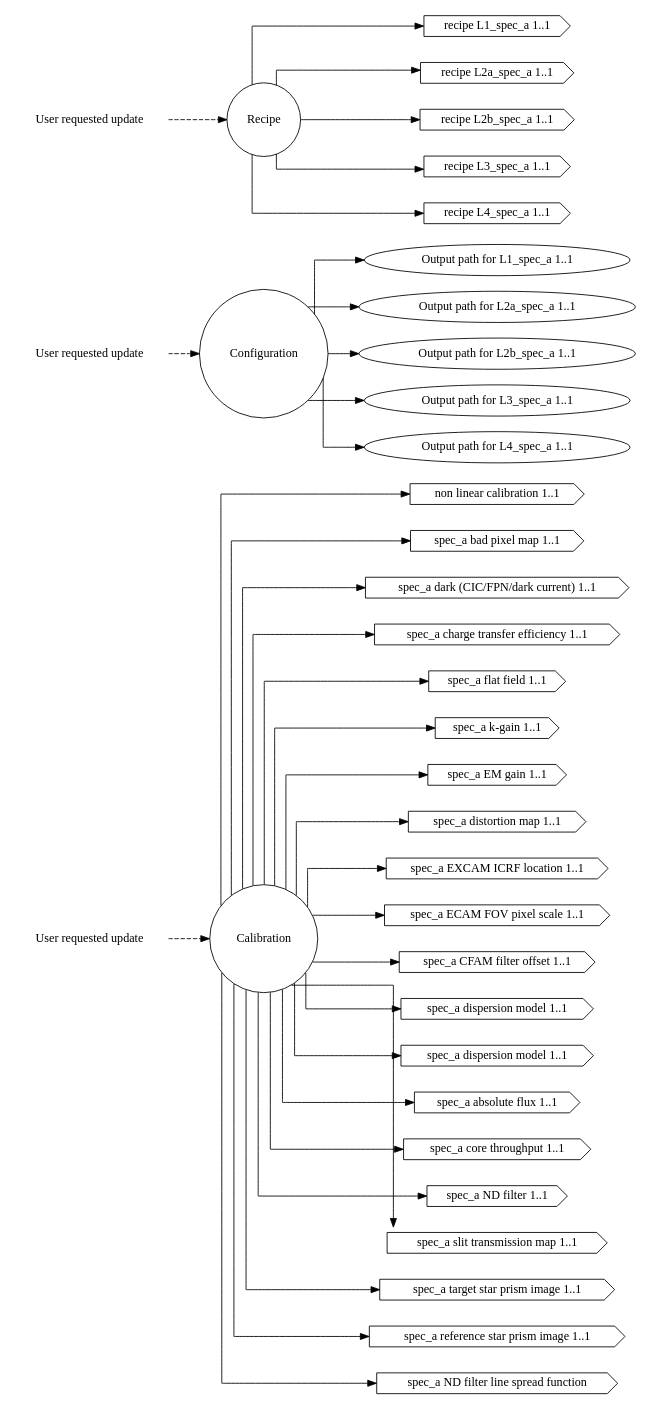
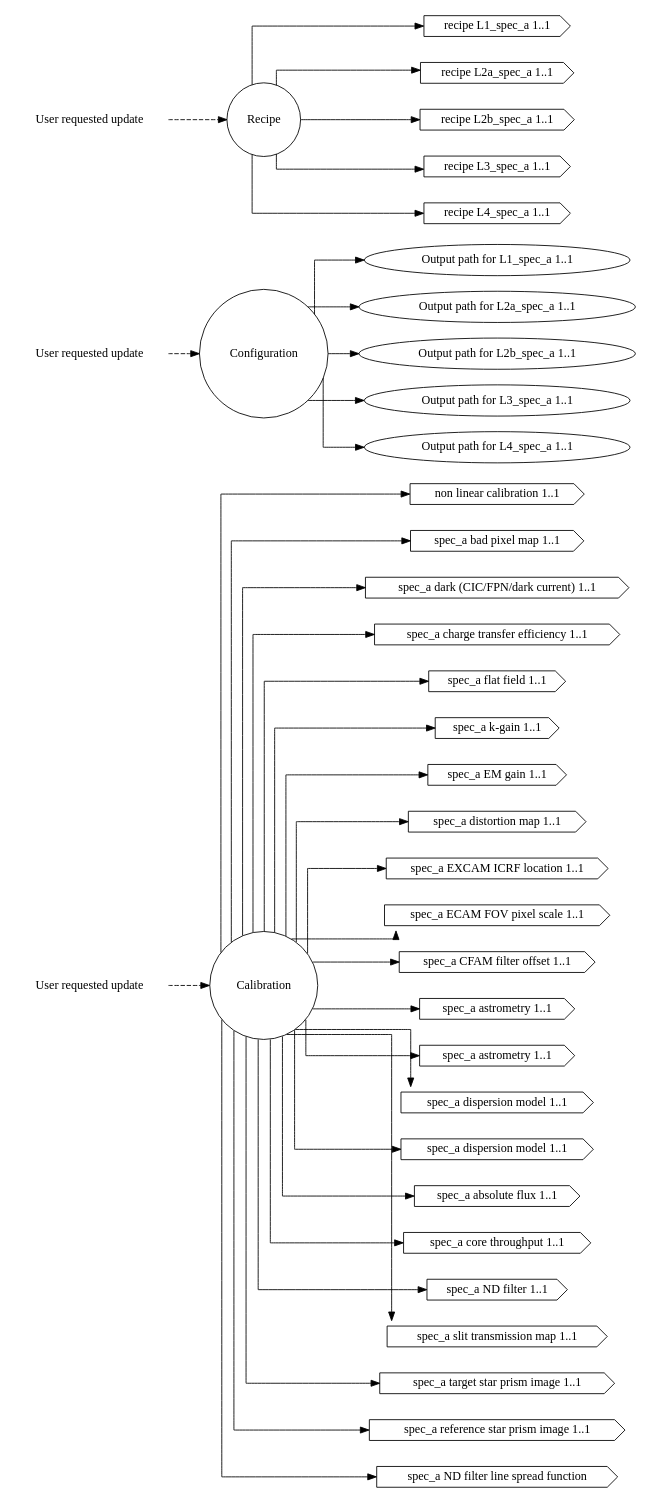
Before and after one commit to roman-corgi/ctc-dip: the diagram in dip/basis/ck_spec_a.dot, drawn with Graphviz. The commit also changed 48 other files, not shown here.

```diff
--- a/dip/basis/ck_spec_a.dot
+++ b/dip/basis/ck_spec_a.dot
@@ -1,149 +1,157 @@
 /* why separate channels and how are they tied back together
 *
 * The magic happens from clerks.dot. It contains the same clerks but with dawgie
 * information tied to the nodes. Since they are all named the same among these
 * channlized files and clerks.dot, the dip.basis.transmute distills then
 * condenses them into a hidden monolithic concept if they have dawgie
 * information associated with them. That is the real magic.
 */
 digraph SpecAClerks
 {
   graph [splines="ortho", rankdir=LR];
 
   alarm_cal [label="User requested update", shape="none"];
   alarm_cnf [label="User requested update", shape="none"];
   alarm_rec [label="User requested update", shape="none"];
   
   calib [label="Calibration", shape="circle"];
   config [label="Configuration", shape="circle"];
   recipe [label="Recipe", shape="circle"];
 
   l1_spec_a_odir [label="Output path for L1_spec_a 1..1", shape="ellipse",
                  valname="clerk.configuration.l1_spec_a.outdir",
                  valtype="dip.base.Configuration"];
   l1_spec_a_rec [label="recipe L1_spec_a 1..1", shape="cds",
                 valname="clerk.recipe.l1_spec_a.recipe",
                 valtype="dip.base.Recipe"];
   l1_spec_a_nllut [label="non linear calibration 1..1", shape="cds",
                      valname="clerk.calibration.l1_spec_a.nonlin",
                      valtype="dip.base.Calibration"];
 
   l2a_spec_a_odir [label="Output path for L2a_spec_a 1..1", shape="ellipse",
                  valname="clerk.configuration.l2a_spec_a.outdir",
                  valtype="dip.base.Configuration"];
   l2a_spec_a_rec [label="recipe L2a_spec_a 1..1", shape="cds",
                  valname="clerk.recipe.l2a_spec_a.recipe",
                  valtype="dip.base.Recipe"];
   l2a_spec_a_mbpm [label="spec_a bad pixel map 1..1", shape="cds",
                 valname="clerk.calibration.l2a_spec_a.bad_pix_map",
                 valtype="dip.base.Calibration"];
   l2a_spec_a_dnb  [label="spec_a dark (CIC/FPN/dark current) 1..1", shape="cds",
                   valname="clerk.calibration.l2a_spec_a.darks",
                   valtype="dip.base.Calibration"];
   l2a_spec_a_cti  [label="spec_a charge transfer efficiency 1..1", shape="cds",
                 valname="clerk.calibration.l2a_spec_a.charge_xfer_eff",
                 valtype="dip.base.Calibration"];
   l2a_spec_a_ff  [label="spec_a flat field 1..1", shape="cds",
                 valname="clerk.calibration.l2a_spec_a.flat_field",
                 valtype="dip.base.Calibration"];
   l2a_spec_a_kgain  [label="spec_a k-gain 1..1", shape="cds",
                 valname="clerk.calibration.l2a_spec_a.k_gain",
                 valtype="dip.base.Calibration"];
   l2a_spec_a_emg [label="spec_a EM gain 1..1", shape="cds",
                 valname="clerk.calibration.l2a_spec_a.em_gain",
                 valtype="dip.base.Calibration"];
   l2b_spec_a_odir [label="Output path for L2b_spec_a 1..1", shape="ellipse",
                  valname="clerk.configuration.l2b_spec_a.outdir",
                  valtype="dip.base.Configuration"];
   l2b_spec_a_rec [label="recipe L2b_spec_a 1..1", shape="cds",
                  valname="clerk.recipe.l2b_spec_a.recipe",
                  valtype="dip.base.Recipe"];
   l2b_spec_a_distm [label="spec_a distortion map 1..1", shape="cds",
                  valname="clerk.calibration.l2b_spec_a.distortion_map",
                  valtype="dip.base.Calibration"];
   l2b_spec_a_excicrf [label="spec_a EXCAM ICRF location 1..1", shape="cds",
                  valname="clerk.calibration.l2b_spec_a.excam_icrf_location",
                  valtype="dip.base.Calibration"];
   l2b_spec_a_excfovps [label="spec_a ECAM FOV pixel scale 1..1", shape="cds",
                  valname="clerk.calibration.l2b_spec_a.excam_fov_pixel_scale",
                  valtype="dip.base.Calibration"];
   l2b_spec_a_cfamfo [label="spec_a CFAM filter offset 1..1", shape="cds",
                  valname="clerk.calibration.l2b_spec_a.cfam_filter_offset",
                  valtype="dip.base.Calibration"];
 
   l3_spec_a_odir [label="Output path for L3_spec_a 1..1", shape="ellipse",
                  valname="clerk.configuration.l3_spec_a.outdir",
                  valtype="dip.base.Configuration"];
   l3_spec_a_rec [label="recipe L3_spec_a 1..1", shape="cds",
                  valname="clerk.recipe.l3_spec_a.recipe",
                  valtype="dip.base.Recipe"];
+  l3_spec_a_ast [label="spec_a astrometry 1..1", shape="cds",
+                 valname="clerk.calibration.l3_spec_a.astrometry",
+                 valtype="dip.base.Calibration"];
+  l3_spec_a_ndf [label="spec_a astrometry 1..1", shape="cds",
+                 valname="clerk.calibration.l3_spec_a.ndfilter",
+                 valtype="dip.base.Calibration"];
   l3_spec_a_dispm [label="spec_a dispersion model 1..1", shape="cds",
                  valname="clerk.calibration.l3_spec_a.dispersion_model",
                  valtype="dip.base.Calibration"];
   l3_spec_a_wavem [label="spec_a dispersion model 1..1", shape="cds",
                  valname="clerk.calibration.l3_spec_a.wavelength_map",
                  valtype="dip.base.Calibration"];
 
   l4_spec_a_odir [label="Output path for L4_spec_a 1..1", shape="ellipse",
                  valname="clerk.configuration.l4_spec_a.outdir",
                  valtype="dip.base.Configuration"];
   l4_spec_a_rec [label="recipe L4_spec_a 1..1", shape="cds",
                  valname="clerk.recipe.l4_spec_a.recipe",
                  valtype="dip.base.Recipe"];
   l4_spec_a_afcal [label="spec_a absolute flux 1..1", shape="cds",
                  valname="clerk.calibration.l4_spec_a.absolute_flux",
                  valtype="dip.base.Calibration"];
   l4_spec_a_ctcal [label="spec_a core throughput 1..1", shape="cds",
                  valname="clerk.calibration.l4_spec_a.core_thruput",
                  valtype="dip.base.Calibration"];
   l4_spec_a_ndfilt [label="spec_a ND filter 1..1", shape="cds",
                  valname="clerk.calibration.l4_spec_a.nd_filter",
                  valtype="dip.base.Calibration"];
   l4_spec_a_stmap [label="spec_a slit transmission map 1..1", shape="cds",
                  valname="clerk.calibration.l4_spec_a.slit_transmission_map",
                  valtype="dip.base.Calibration"];
   l4_spec_a_tspi [label="spec_a target star prism image 1..1", shape="cds",
                  valname="clerk.calibration.l4_spec_a.target_star_prism_image",
                  valtype="dip.base.Calibration"];
   l4_spec_a_rspi [label="spec_a reference star prism image 1..1", shape="cds",
                  valname="clerk.calibration.l4_spec_a.ref_star_prism_image",
                  valtype="dip.base.Calibration"];
   l4_spec_a_lsf [label="spec_a ND filter line spread function", shape="cds",
                  valname="clerk.calibration.l4_spec_a.line_spread_function",
                  valtype="dip.base.Calibration"];
 
   alarm_cal -> calib [style="dashed"];
   alarm_cnf -> config [style="dashed"];
   alarm_rec -> recipe [style="dashed"];
 
   calib -> l1_spec_a_nllut;
   calib -> l2a_spec_a_mbpm;
   calib -> l2a_spec_a_dnb;
   calib -> l2a_spec_a_cti;
   calib -> l2a_spec_a_ff;
   calib -> l2a_spec_a_kgain;
   calib -> l2a_spec_a_emg;
   calib -> l2b_spec_a_distm;
   calib -> l2b_spec_a_excicrf;
   calib -> l2b_spec_a_excfovps;
   calib -> l2b_spec_a_cfamfo;
+  calib -> l3_spec_a_ast;
+  calib -> l3_spec_a_ndf;
   calib -> l3_spec_a_dispm;
   calib -> l3_spec_a_wavem;
   calib -> l4_spec_a_afcal;
   calib -> l4_spec_a_ctcal;
   calib -> l4_spec_a_ndfilt;
   calib -> l4_spec_a_stmap;
   calib -> l4_spec_a_tspi;
   calib -> l4_spec_a_rspi;
   calib -> l4_spec_a_lsf;
   config -> l1_spec_a_odir;
   config -> l2a_spec_a_odir;
   config -> l2b_spec_a_odir;
   config -> l3_spec_a_odir;
   config -> l4_spec_a_odir;
   recipe -> l1_spec_a_rec;
   recipe -> l2a_spec_a_rec;
   recipe -> l2b_spec_a_rec;
   recipe -> l3_spec_a_rec;
   recipe -> l4_spec_a_rec;
 }
```
